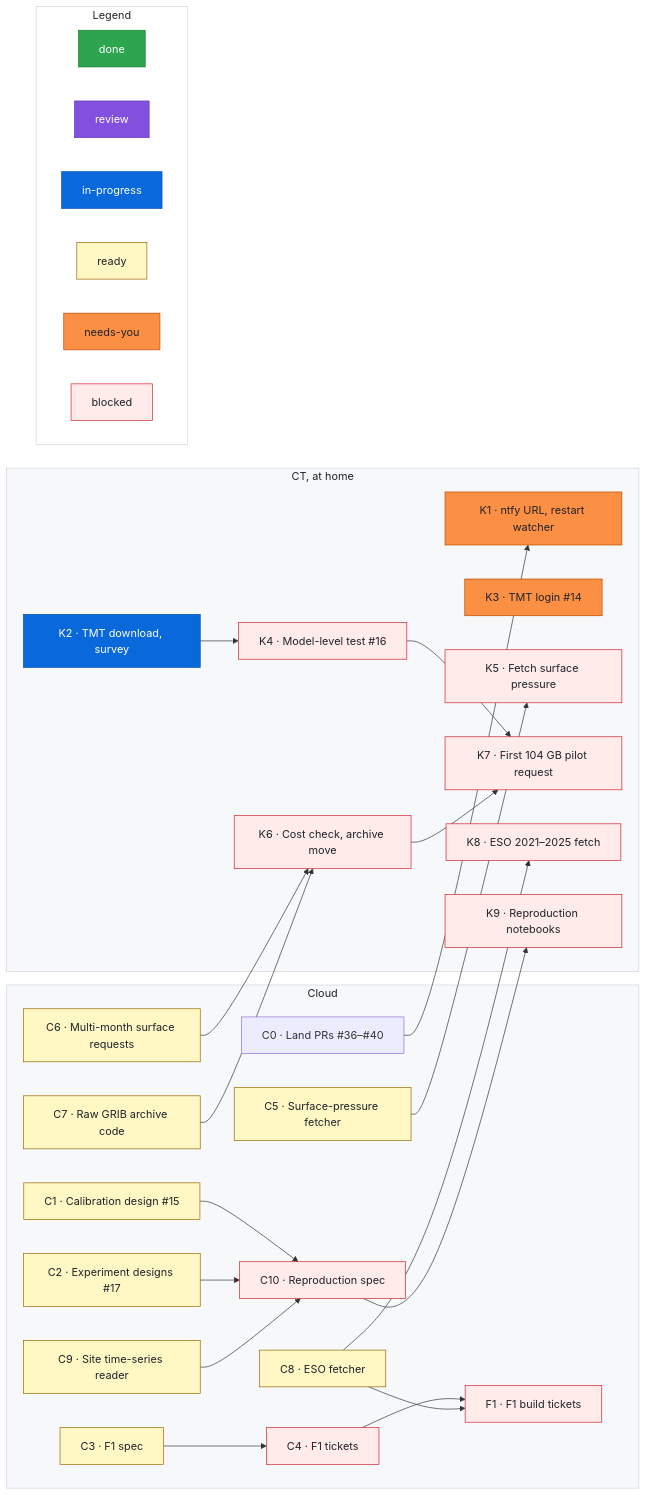
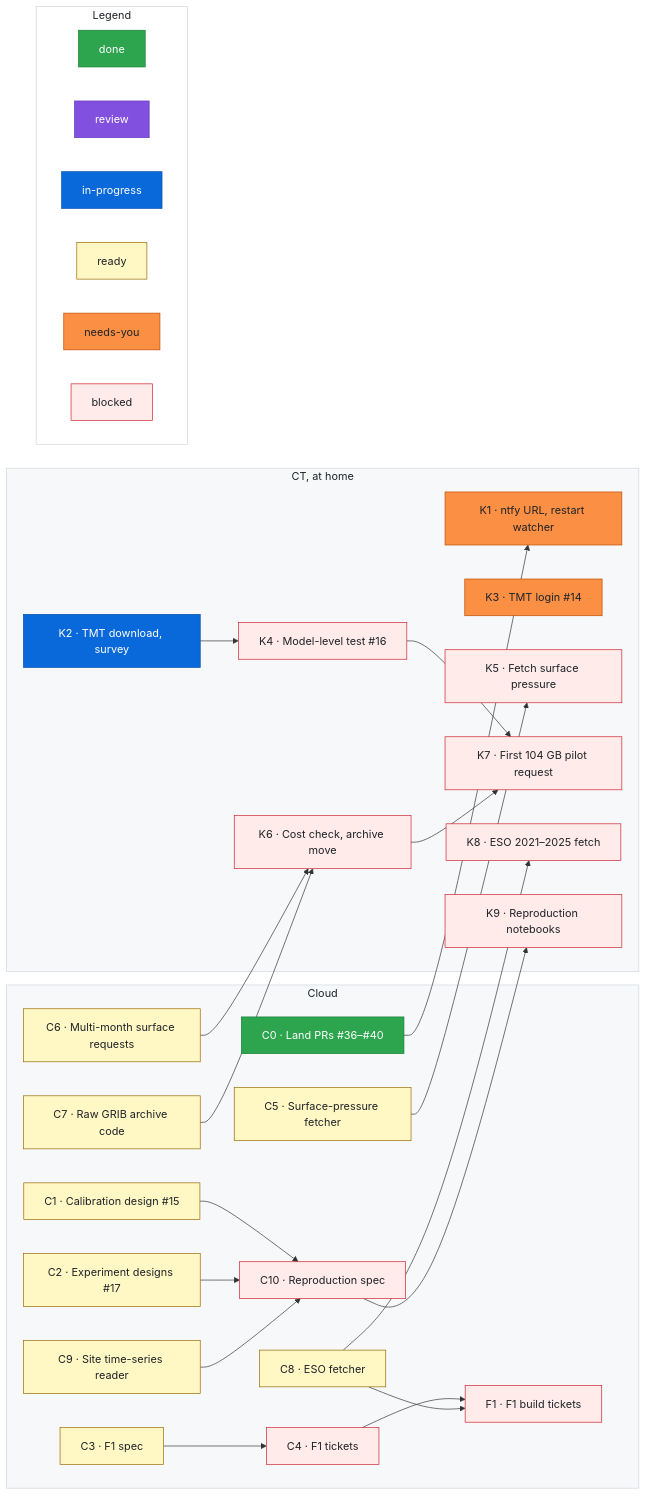
Before and after one commit to rrweller/Astro-seeing: the diagram in docs/roadmap.md, drawn with Mermaid. The commit also changed other lines of this file, not shown here.

Commit message:
roadmap: C0 needs-you → done (#36–#40 merged into dev)
Claude-Session: https://claude.ai/code/session_01ECS9rbYBo7eLL6wyKe5p1T

```diff
--- a/docs/roadmap.md
+++ b/docs/roadmap.md
@@ -122,7 +122,7 @@
   classDef needsyou fill:#fb8f44,stroke:#bc4c00,color:#1f2328
   classDef blocked fill:#ffebe9,stroke:#cf222e,color:#1f2328
   %% Status lines: one per item, each followed by a `%% ---` spacer. Sessions change only the last word.
-  class C0 needs-you
+  class C0 done
   %% ---
   class C1 ready
   %% ---
```
